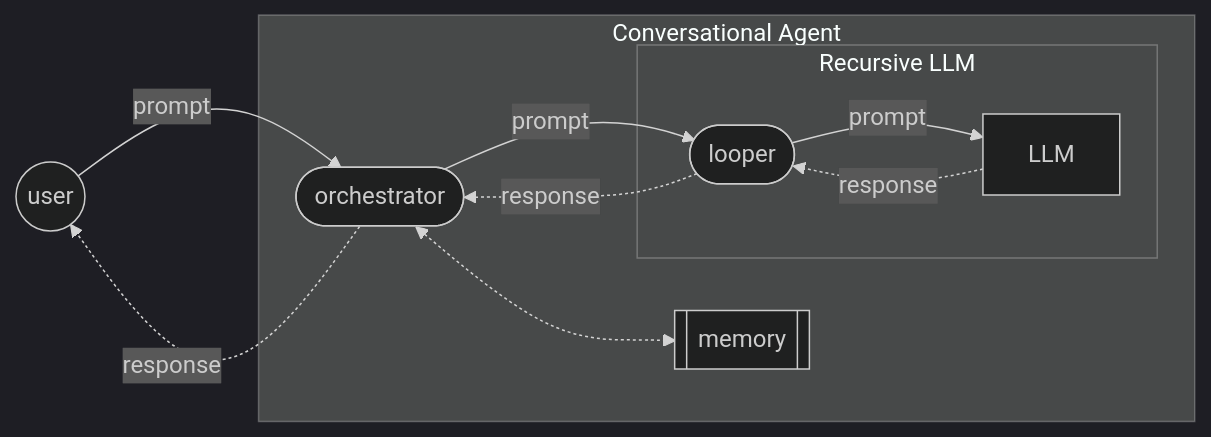
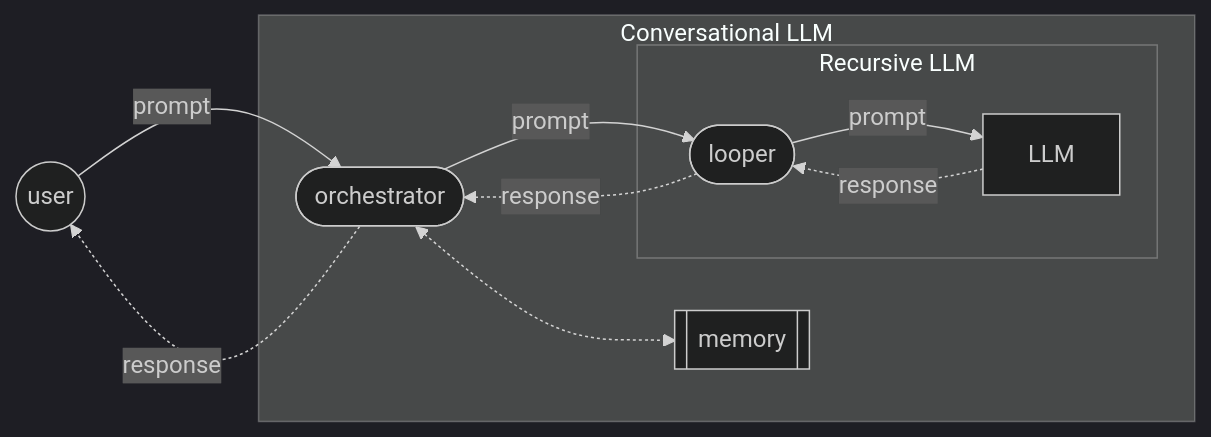
Before and after one commit to conmaol/maglocunus: the third of 5 diagrams in l/LLMs.md, drawn with Mermaid (dark theme). The commit also changed other lines of this file, not shown here.

````diff
--- a/l/LLMs.md
+++ b/l/LLMs.md
@@ -110,19 +110,19 @@
 ```mermaid
 graph LR
   user(("user"))
-  subgraph "Conversational Agent"
+  subgraph "Conversational LLM"
     orchestrator(["orchestrator"])
     memory[["memory"]]
     orchestrator <-.-> memory
     subgraph "Recursive LLM"
       looper(["looper"])
       LLM["LLM"]
       looper -- "prompt" --> LLM
       LLM -. "response" .-> looper
     end
     orchestrator -- "prompt" --> looper
     looper -. "response" .-> orchestrator
   end
   user -- "prompt" --> orchestrator
   orchestrator -. "response" .-> user
 ```
````
